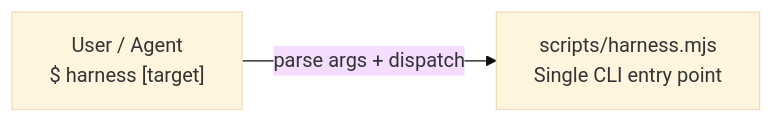
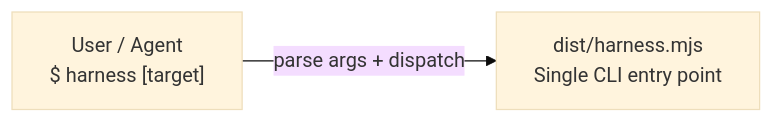
Before and after one commit to FairladyZ625/coding-agent-harness: the first of 10 diagrams in docs-release/architecture/system-explainer/en-US/02-module-dependency.md, drawn with Mermaid (base theme). The commit also changed other lines of this file and 155 other files, not shown here.

````diff
--- a/docs-release/architecture/system-explainer/en-US/02-module-dependency.md
+++ b/docs-release/architecture/system-explainer/en-US/02-module-dependency.md
@@ -7,4 +7,4 @@
 ```mermaid
 flowchart LR
-  User["User / Agent\n$ harness <command> [target]"] -->|"parse args + dispatch"| Entry["scripts/harness.mjs\nSingle CLI entry point"]
+  User["User / Agent\n$ harness <command> [target]"] -->|"parse args + dispatch"| Entry["dist/harness.mjs\nSingle CLI entry point"]
 ```
````
